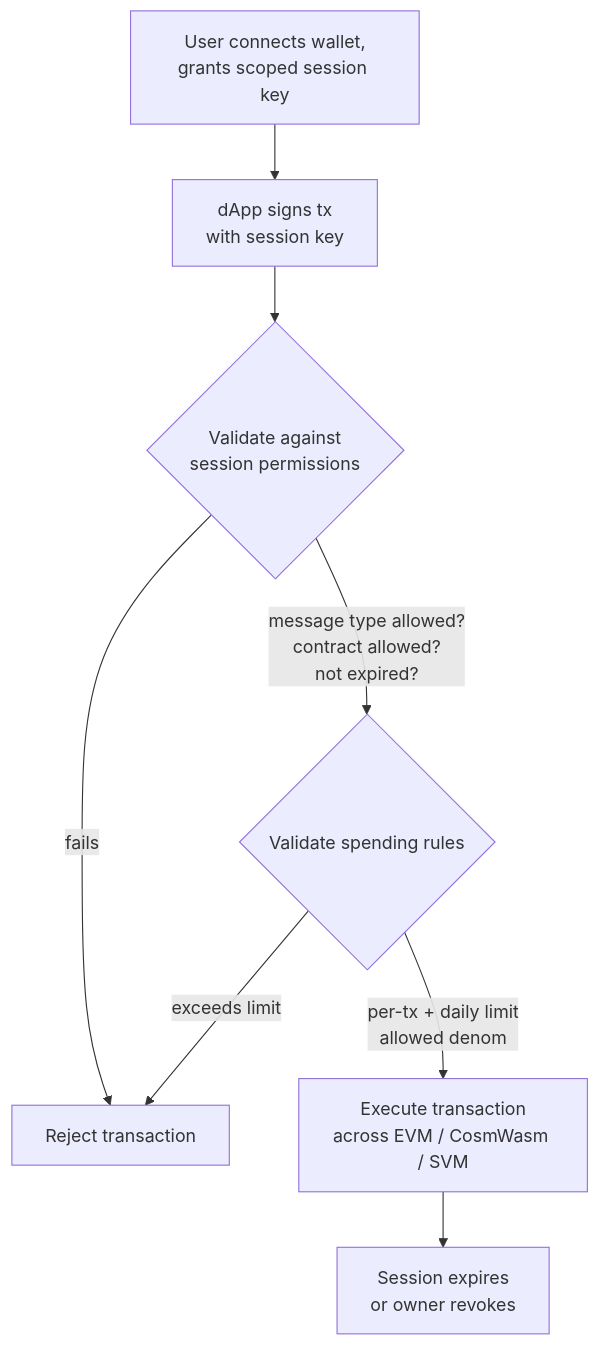
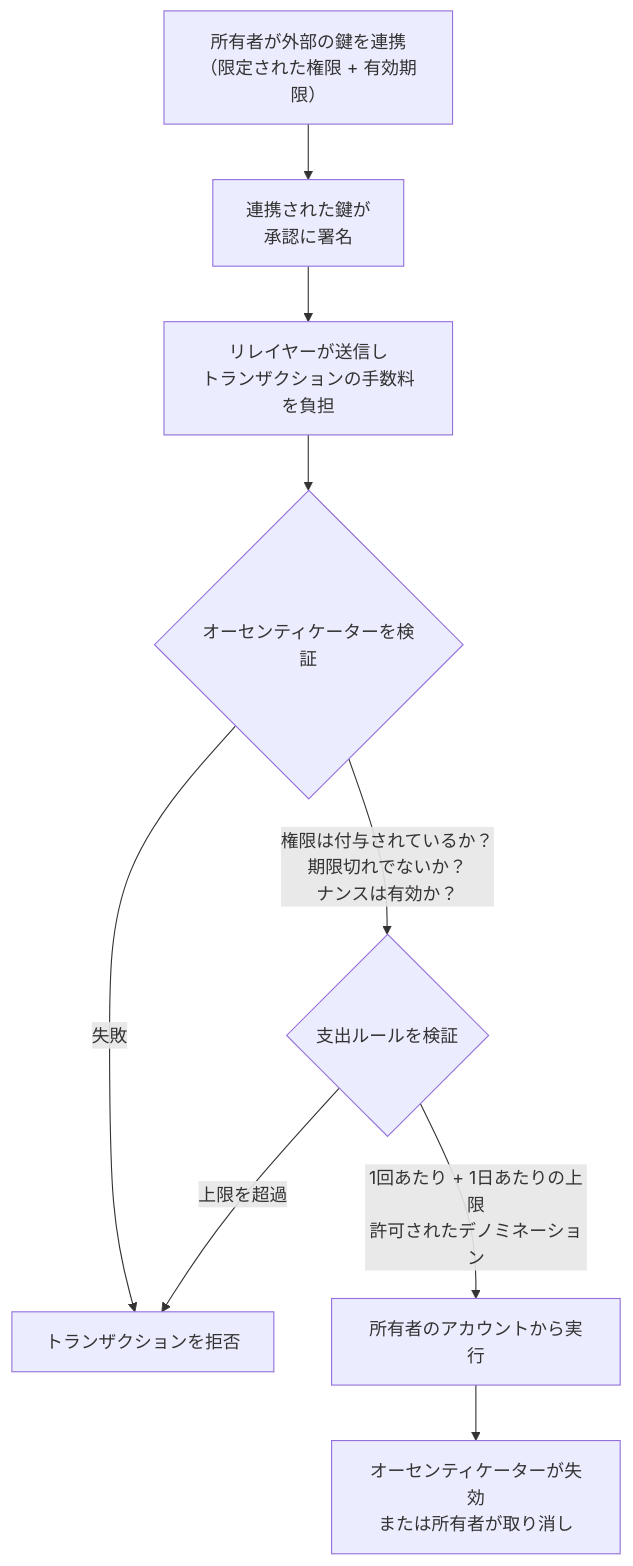
The diagram in i18n/ja/docusaurus-plugin-content-docs/current/developer-guide/account-abstraction.md (qorechain/qorechain-docs), drawn with Mermaid before and after one commit. The commit also changed other lines of this file and 1055 other files, not shown here.

````diff
--- a/i18n/ja/docusaurus-plugin-content-docs/current/developer-guide/account-abstraction.md
+++ b/i18n/ja/docusaurus-plugin-content-docs/current/developer-guide/account-abstraction.md
@@ -28,10 +34,11 @@
 ```mermaid
 flowchart TD
-    A["User connects wallet,<br/>grants scoped session key"] --> B["dApp signs tx<br/>with session key"]
-    B --> C{"Validate against<br/>session permissions"}
-    C -- "message type allowed?<br/>contract allowed?<br/>not expired?" --> D{"Validate spending rules"}
-    C -- "fails" --> R["Reject transaction"]
-    D -- "per-tx + daily limit<br/>allowed denom" --> E["Execute transaction<br/>across EVM / CosmWasm / SVM"]
-    D -- "exceeds limit" --> R
-    E --> F["Session expires<br/>or owner revokes"]
+    A["所有者が外部の鍵を連携<br/>（限定された権限 + 有効期限）"] --> B["連携された鍵が<br/>承認に署名"]
+    B --> C["リレイヤーが送信し<br/>トランザクションの手数料を負担"]
+    C --> D{"オーセンティケーターを検証"}
+    D -- "権限は付与されているか？<br/>期限切れでないか？<br/>ナンスは有効か？" --> E{"支出ルールを検証"}
+    D -- "失敗" --> R["トランザクションを拒否"]
+    E -- "1回あたり + 1日あたりの上限<br/>許可されたデノミネーション" --> F["所有者のアカウントから実行"]
+    E -- "上限を超過" --> R
+    F --> G["オーセンティケーターが失効<br/>または所有者が取り消し"]
 ```
````
